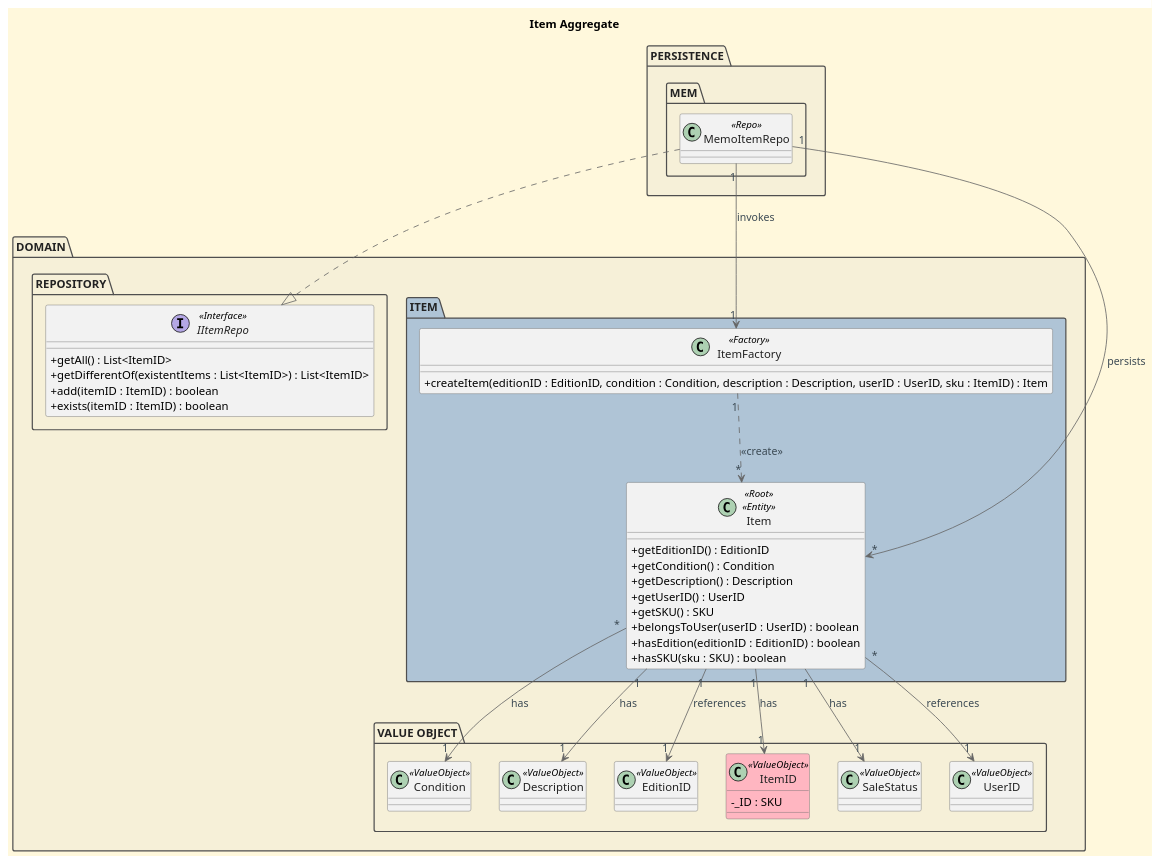
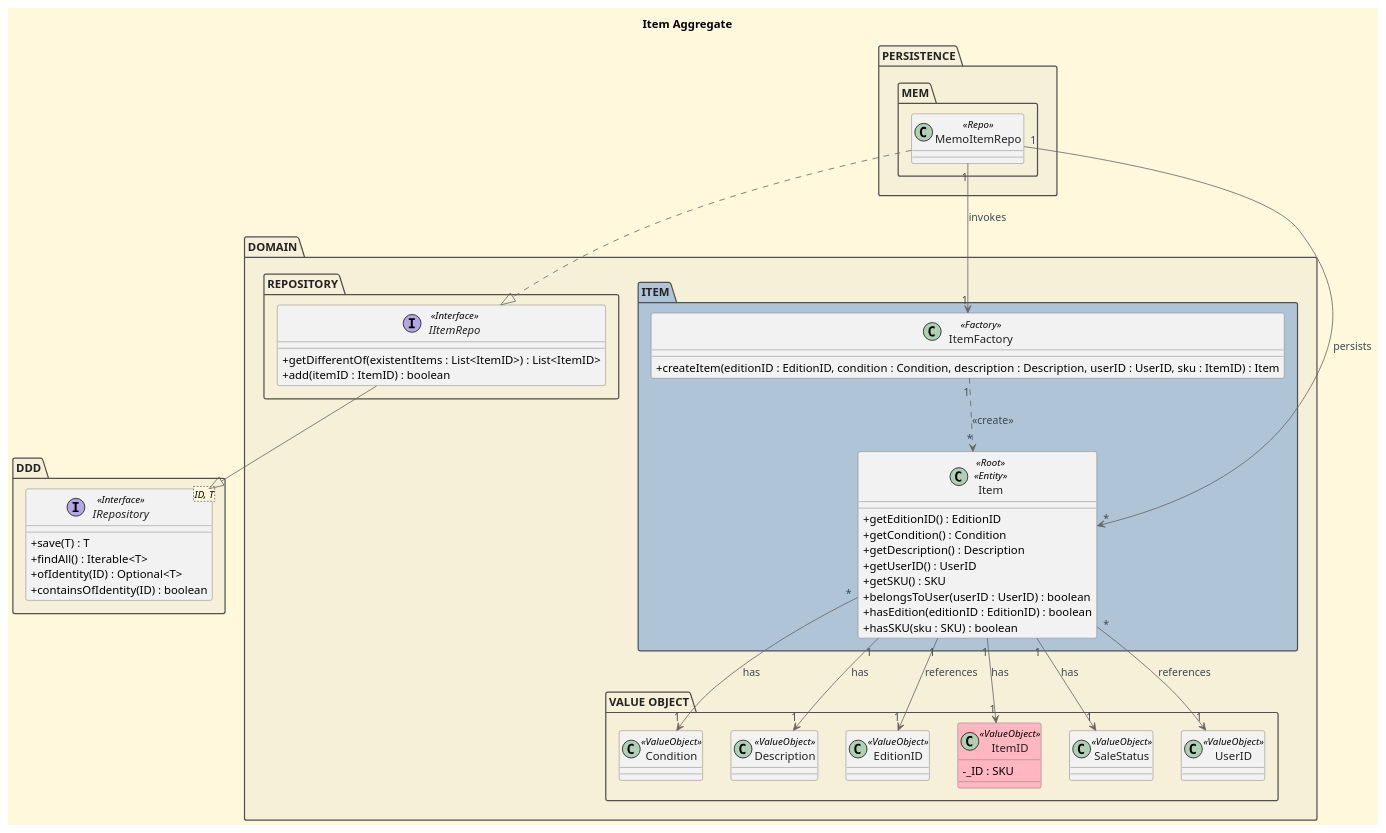
Before and after one commit to CarolinaLeite-collab/JavaMarketplacePlatform: the diagram in docs/aggregates-diagrams/Item_Aggregate.puml, drawn with PlantUML. The commit also changed 2 other files, not shown here.

Commit message:
docs: added IRepository interfaces to aggregate diagrams in Item, Library and List of Items classes, refs #462 #466 #470

```diff
--- a/docs/aggregates-diagrams/Item_Aggregate.puml
+++ b/docs/aggregates-diagrams/Item_Aggregate.puml
@@ -1,100 +1,111 @@
 @startuml
 title Item Aggregate
 
 skinparam monochrome false
 skinparam shadowing false
 skinparam defaultFontName Futura
 skinparam objectFontSize 20
 skinparam backgroundColor CornSilk
 skinparam objectBackgroundColor WhiteSmoke
 skinparam noteBackgroundColor #FFFFE0
 skinparam ArrowFontColor #3B4953
 skinparam ActivationBackgroundColor black
 skinparam classAttributeIconSize 0
 skinparam packageTitleBackgroundColor #F0F8FF
 
 skinparam package {
   BackgroundColor #F6F0D8
   BorderColor #4F4F4F
   FontColor #222222
 }
 
 skinparam class {
   BackgroundColor #F2F2F2
   BorderColor #666666
   FontColor #222222
   ArrowColor #666666
 }
 
 skinparam interface {
   BackgroundColor #F2F2F2
   BorderColor #666666
   FontColor #222222
   ArrowColor #666666
 }
 
 package "PERSISTENCE" {
   package "MEM" {
     class MemoItemRepo <<Repo>> {
     }
   }
 }
 
 package "DOMAIN" {
 
   package "REPOSITORY" {
     interface IItemRepo <<Interface>> {
-      +getAll() : List<ItemID>
+'      +getAll() : List<ItemID>
       +getDifferentOf(existentItems : List<ItemID>) : List<ItemID>
       +add(itemID : ItemID) : boolean
-      +exists(itemID : ItemID) : boolean
+'      +exists(itemID : ItemID) : boolean
     }
   }
 
   package "ITEM" #AFC4D6 {
 
     class ItemFactory <<Factory>> {
       +createItem(editionID : EditionID, condition : Condition, description : Description, userID : UserID, sku : ItemID) : Item
     }
 
     class Item <<Root>> <<Entity>> {
 
       +getEditionID() : EditionID
       +getCondition() : Condition
       +getDescription() : Description
       +getUserID() : UserID
       +getSKU() : SKU
       +belongsToUser(userID : UserID) : boolean
       +hasEdition(editionID : EditionID) : boolean
       +hasSKU(sku : SKU) : boolean
     }
   }
 
   package "VALUE OBJECT" {
     class Condition <<ValueObject>>
     class Description <<ValueObject>>
     class EditionID <<ValueObject>>
     class ItemID <<ValueObject>> #LightPink {
 
     - _ID : SKU
     }
     class SaleStatus <<ValueObject>>
 
     class UserID <<ValueObject>> {
     }
   }
 }
 
+package DDD {
+    interface IRepository<ID, T> <<Interface>> {
+        +save(T) : T
+        +findAll() : Iterable<T>
+        +ofIdentity(ID) : Optional<T>
+        +containsOfIdentity(ID) : boolean
+    }
+}
+
 MemoItemRepo ..|> IItemRepo
 MemoItemRepo "1" --> "1" ItemFactory : invokes
 MemoItemRepo "1" --> "*" Item : persists
 ItemFactory "1" ..> "*" Item : <<create>>
 
 Item "*" --> "1" Condition : has
 Item "1" --> "1" Description : has
 Item "1" --> "1" EditionID : references
 Item "*" --> "1" UserID : references
 Item "1" --> "1" ItemID : has
 Item "1" --> "1" SaleStatus : has
 
+IItemRepo --|> IRepository
+
 @enduml
```
